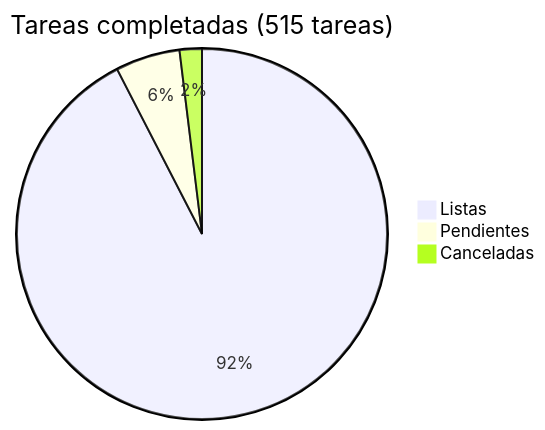
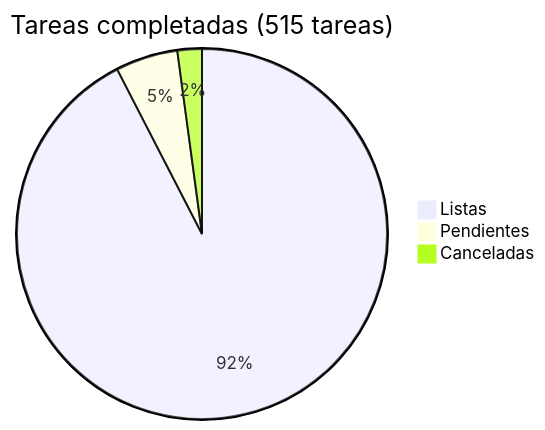
The diagram in docs/roadmap/README.md (araguaney-lat/araguaney), drawn with Mermaid before and after one commit. The commit also changed other lines of this file and 2 other files, not shown here.

````diff
--- a/docs/roadmap/README.md
+++ b/docs/roadmap/README.md
@@ -5,6 +5,6 @@
 ```mermaid
 pie title Tareas completadas (515 tareas)
     "Listas" : 476
-    "Pendientes" : 29
-    "Canceladas" : 10
+    "Pendientes" : 28
+    "Canceladas" : 11
 ```
````
